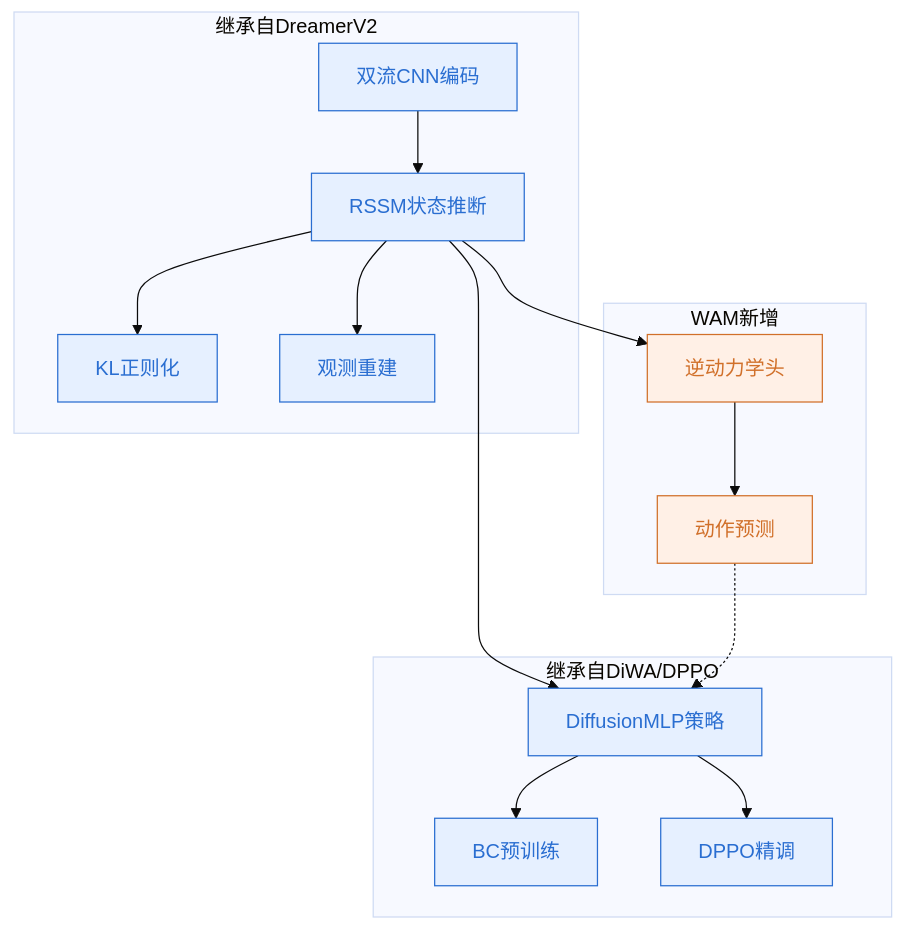
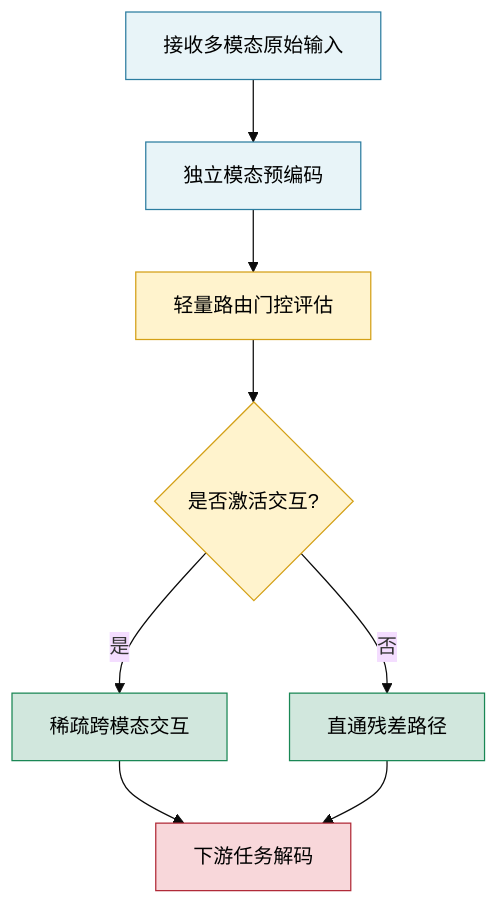
Before and after one commit to ShinewineW/paper-rolling: the sixth of 10 diagrams in person_vault/2026-06-08_EnhancingPolicyLearningWithWorldActionModel_2603.28955/report.md, drawn with Mermaid (base theme). The commit also changed other lines of this file and 300 other files, not shown here.

````diff
--- a/person_vault/2026-06-08_EnhancingPolicyLearningWithWorldActionModel_2603.28955/report.md
+++ b/person_vault/2026-06-08_EnhancingPolicyLearningWithWorldActionModel_2603.28955/report.md
@@ -287,23 +277,15 @@
 ```mermaid
-graph TB
-    subgraph 继承自DreamerV2
-        encoder["双流CNN编码"] --> rssm["RSSM状态推断"]
-        rssm --> kl["KL正则化"]
-        rssm --> rec["观测重建"]
-    end
-    subgraph WAM新增
-        rssm --> inv["逆动力学头"]
-        inv --> action_pred["动作预测"]
-    end
-    subgraph 继承自DiWA/DPPO
-        rssm --> policy["DiffusionMLP策略"]
-        policy --> bc["BC预训练"]
-        policy --> dppo["DPPO精调"]
-    end
-    action_pred -.-> policy
+flowchart TD
+    classDef input fill:#e8f4f8,stroke:#2c7da0,color:#000;
+    classDef gate fill:#fff3cd,stroke:#d4a017,color:#000;
+    classDef route fill:#d1e7dd,stroke:#198754,color:#000;
+    classDef output fill:#f8d7da,stroke:#b02a37,color:#000;
 
-    classDef inherited fill:#e6f0ff,stroke:#2a6ed1,color:#2a6ed1
-    classDef novel fill:#fff0e6,stroke:#d1702a,color:#d1702a
-    class encoder,rssm,kl,rec,policy,bc,dppo inherited
-    class inv,action_pred novel
+    raw_input["接收多模态原始输入"]:::input --> pre_encode["独立模态预编码"]:::input
+    pre_encode --> gate_eval["轻量路由门控评估"]:::gate
+    gate_eval --> route_decision{是否激活交互?}:::gate
+    route_decision -- 是 --> sparse_fuse["稀疏跨模态交互"]:::route
+    route_decision -- 否 --> bypass["直通残差路径"]:::route
+    sparse_fuse --> task_head["下游任务解码"]:::output
+    bypass --> task_head
 ```
````
